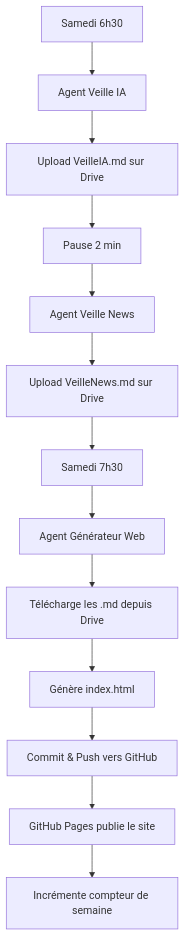
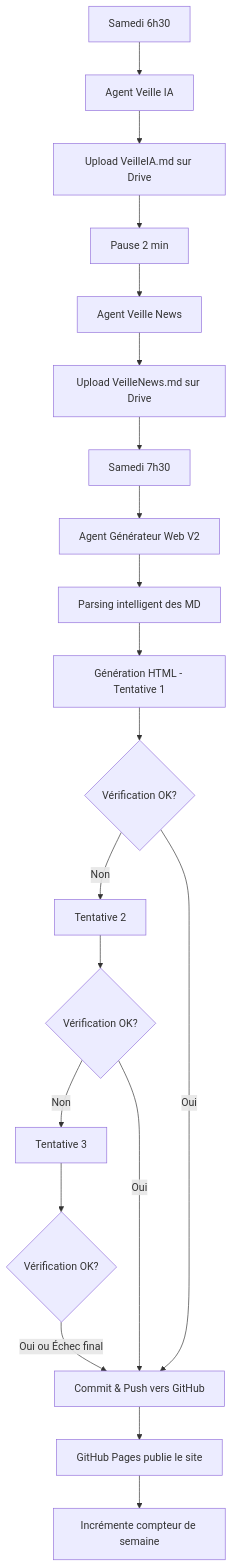
The diagram in README.md (nliziard-ops/VeilleNLI), drawn with Mermaid before and after one commit. The commit also changed other lines of this file, not shown here.

Commit message:
📚 README V2 - Documentation des nouvelles fonctionnalités (parsing, double onglets, vérification)

````diff
--- a/README.md
+++ b/README.md
@@ -200,15 +244,22 @@
 ```mermaid
 graph TD
     A[Samedi 6h30] --> B[Agent Veille IA]
     B --> C[Upload VeilleIA.md sur Drive]
     C --> D[Pause 2 min]
     D --> E[Agent Veille News]
     E --> F[Upload VeilleNews.md sur Drive]
     F --> G[Samedi 7h30]
-    G --> H[Agent Générateur Web]
-    H --> I[Télécharge les .md depuis Drive]
-    I --> J[Génère index.html]
-    J --> K[Commit & Push vers GitHub]
-    K --> L[GitHub Pages publie le site]
-    L --> M[Incrémente compteur de semaine]
+    G --> H[Agent Générateur Web V2]
+    H --> I[Parsing intelligent des MD]
+    I --> J[Génération HTML - Tentative 1]
+    J --> K{Vérification OK?}
+    K -->|Non| L[Tentative 2]
+    L --> M{Vérification OK?}
+    M -->|Non| N[Tentative 3]
+    N --> O{Vérification OK?}
+    O -->|Oui ou Échec final| P[Commit & Push vers GitHub]
+    K -->|Oui| P
+    M -->|Oui| P
+    P --> Q[GitHub Pages publie le site]
+    Q --> R[Incrémente compteur de semaine]
 ```
````
